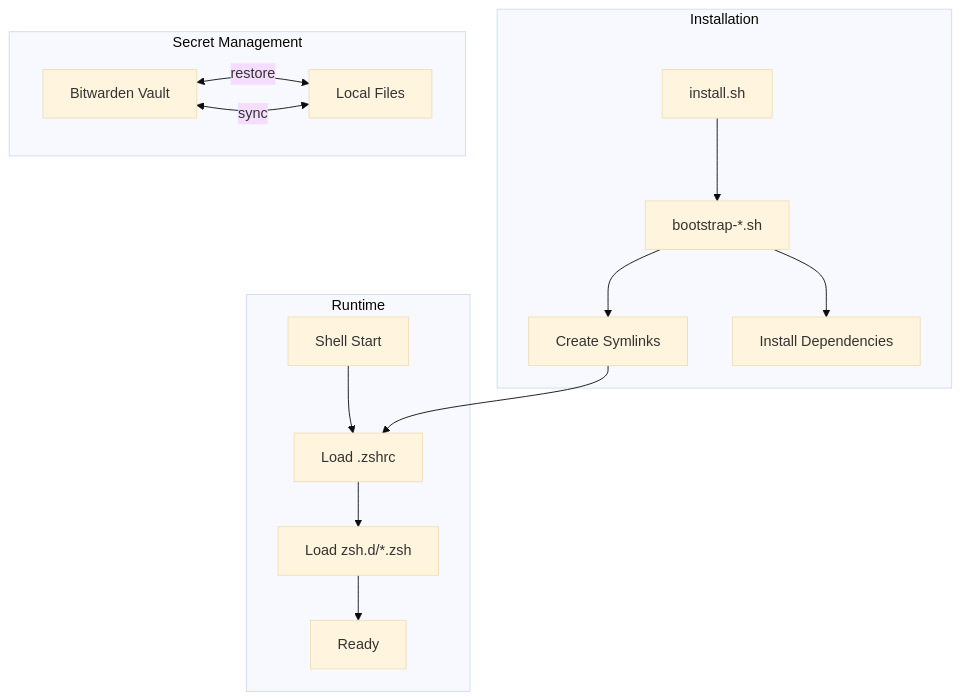
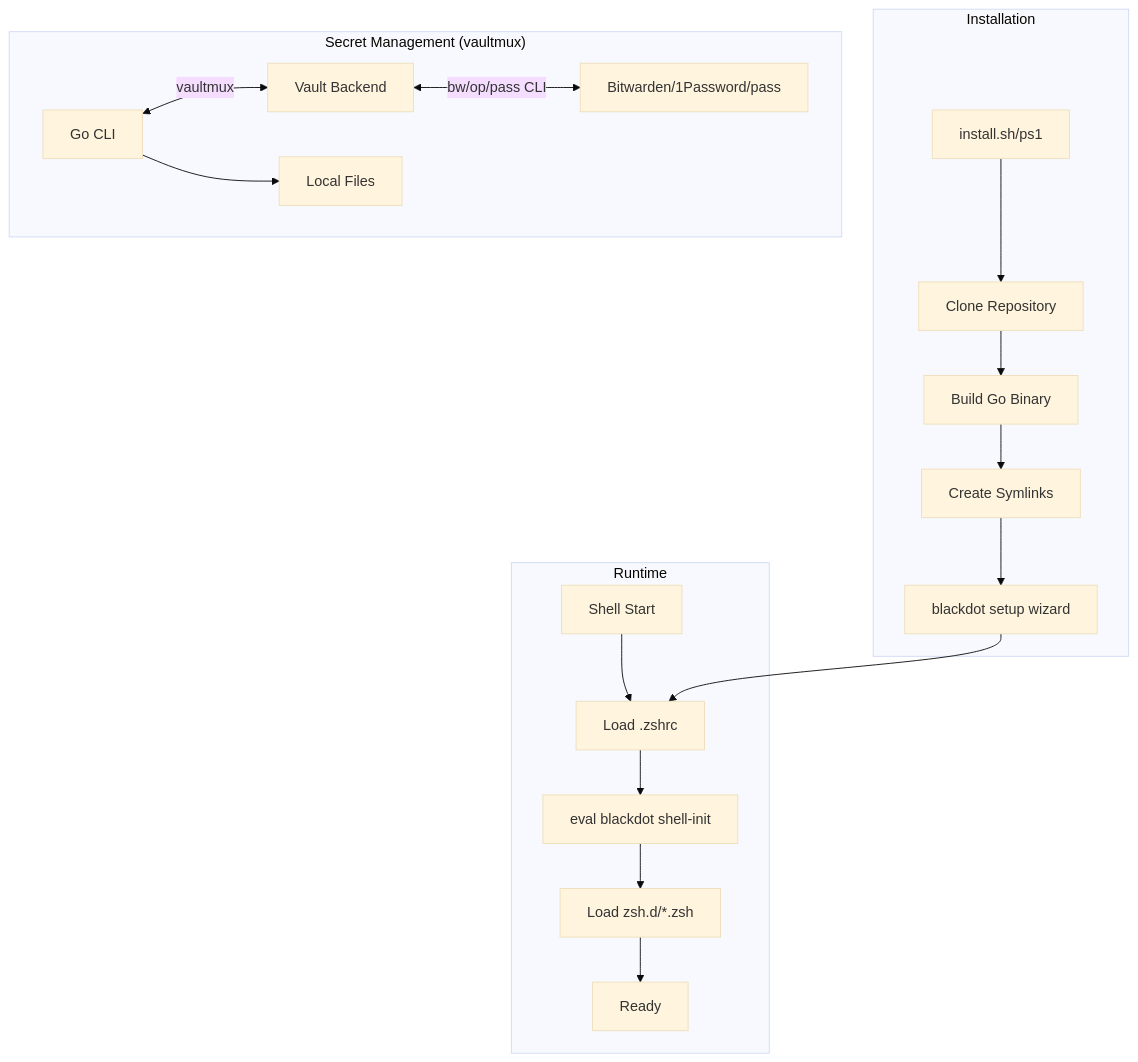
Before and after one commit to blackwell-systems/blackdot: the fourth of 10 diagrams in docs/architecture.md, drawn with Mermaid (base theme). The commit also changed other lines of this file and 1 other file, not shown here.

First line of the commit message:
docs: Update CLAUDE.md and architecture.md to reflect Go-first architecture

````diff
--- a/docs/architecture.md
+++ b/docs/architecture.md
@@ -284,21 +289,24 @@
 ```mermaid
 flowchart TD
     subgraph "Installation"
-        A[install.sh] --> B[bootstrap-*.sh]
-        B --> C[Create Symlinks]
-        B --> D[Install Dependencies]
+        A[install.sh/ps1] --> B[Clone Repository]
+        B --> C[Build Go Binary]
+        C --> D[Create Symlinks]
+        D --> E[blackdot setup wizard]
     end
 
-    subgraph "Secret Management"
-        E[Bitwarden Vault] <-->|restore| F[Local Files]
-        F <-->|sync| E
+    subgraph "Secret Management (vaultmux)"
+        F[Go CLI] <-->|vaultmux| G[Vault Backend]
+        G <-->|bw/op/pass CLI| H[Bitwarden/1Password/pass]
+        F --> I[Local Files]
     end
 
     subgraph "Runtime"
-        G[Shell Start] --> H[Load .zshrc]
-        H --> I[Load zsh.d/*.zsh]
-        I --> J[Ready]
+        J[Shell Start] --> K[Load .zshrc]
+        K --> L[eval blackdot shell-init]
+        L --> M[Load zsh.d/*.zsh]
+        M --> N[Ready]
     end
 
-    C --> H
+    E --> K
 ```
````
